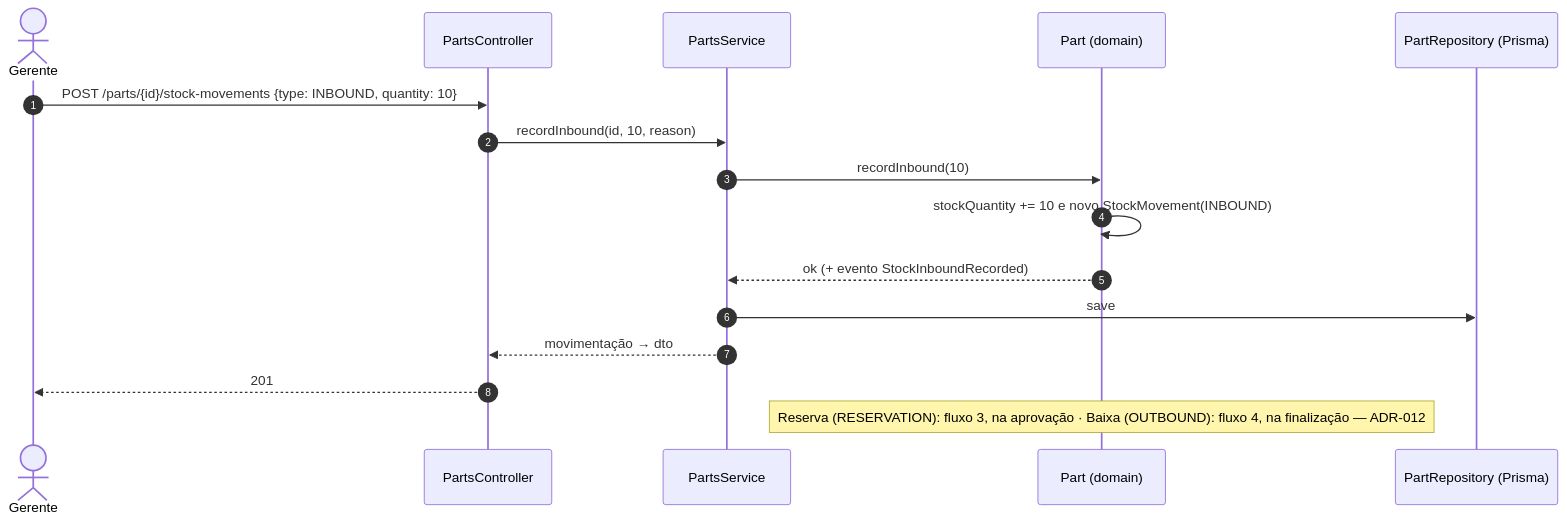
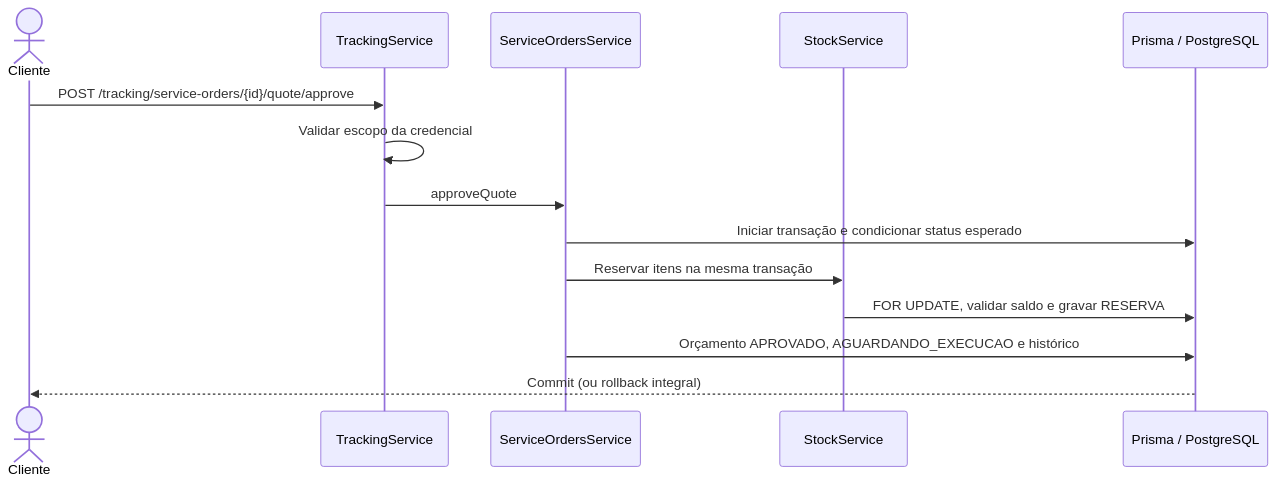
Before and after one commit to HermandoThiago/FIAP-SOAT: the second of 2 diagrams in docs/04-arquitetura/fluxos.md, drawn with Mermaid. The commit also changed other lines of this file and 263 other files, not shown here.

````diff
--- a/docs/04-arquitetura/fluxos.md
+++ b/docs/04-arquitetura/fluxos.md
@@ -167,18 +34,16 @@
 ```mermaid
 sequenceDiagram
-    autonumber
-    actor Ge as Gerente
-    participant API as PartsController
-    participant PRT as PartsService
-    participant P as Part (domain)
-    participant REP as PartRepository (Prisma)
-    Ge->>API: POST /parts/{id}/stock-movements {type: INBOUND, quantity: 10}
-    API->>PRT: recordInbound(id, 10, reason)
-    PRT->>P: recordInbound(10)
-    P->>P: stockQuantity += 10 e novo StockMovement(INBOUND)
-    P-->>PRT: ok (+ evento StockInboundRecorded)
-    PRT->>REP: save
-    PRT-->>API: movimentação → dto
-    API-->>Ge: 201
-    Note over P: Reserva (RESERVATION): fluxo 3, na aprovação · Baixa (OUTBOUND): fluxo 4, na finalização — ADR-012
+    actor CL as Cliente
+    participant T as TrackingService
+    participant S as ServiceOrdersService
+    participant E as StockService
+    participant DB as Prisma / PostgreSQL
+    CL->>T: POST /tracking/service-orders/{id}/quote/approve
+    T->>T: Validar escopo da credencial
+    T->>S: approveQuote
+    S->>DB: Iniciar transação e condicionar status esperado
+    S->>E: Reservar itens na mesma transação
+    E->>DB: FOR UPDATE, validar saldo e gravar RESERVA
+    S->>DB: Orçamento APROVADO, AGUARDANDO_EXECUCAO e histórico
+    DB-->>CL: Commit (ou rollback integral)
 ```
````
